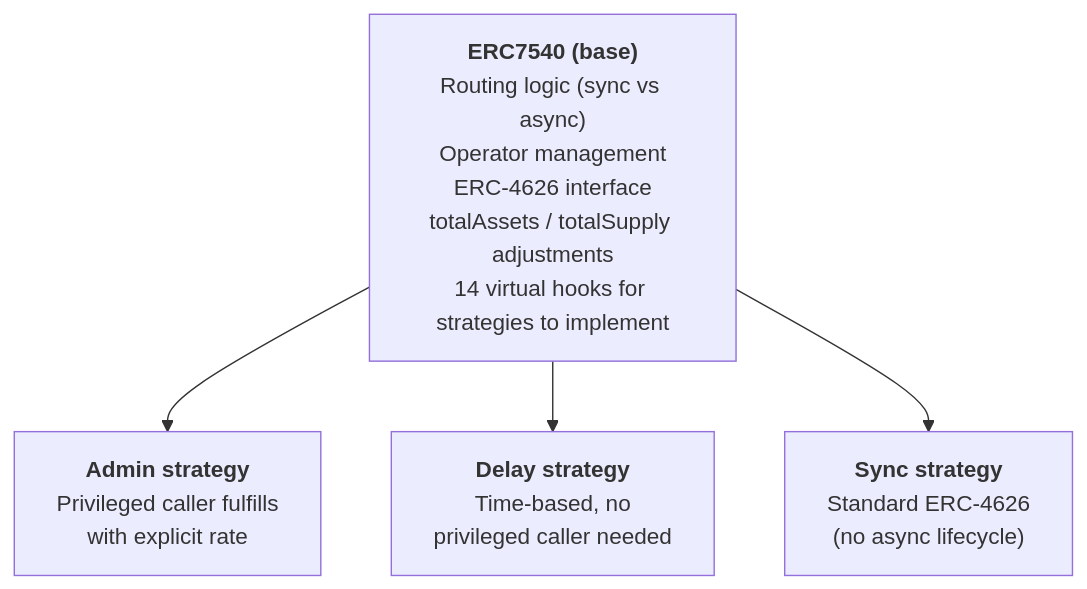
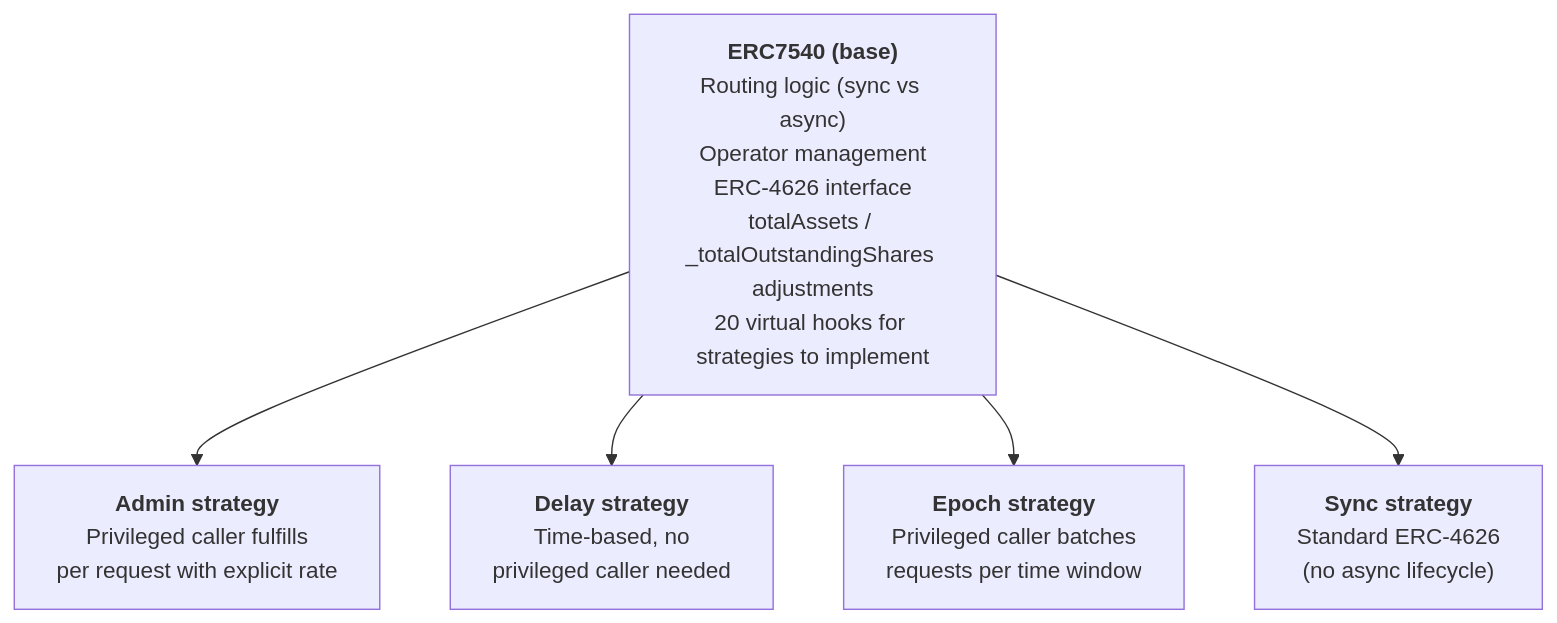
The second of 5 diagrams in docs/modules/ROOT/pages/erc7540.adoc (james-toussaint/openzeppelin-community-contracts), drawn with Mermaid before and after one commit. The commit also changed other lines of this file and 29 other files, not shown here.

````diff
--- a/docs/modules/ROOT/pages/erc7540.adoc
+++ b/docs/modules/ROOT/pages/erc7540.adoc
@@ -59,7 +59,8 @@
 ```mermaid
 flowchart TD
-    Base["<b>ERC7540 (base)</b><br/>Routing logic (sync vs async)<br/>Operator management<br/>ERC-4626 interface<br/>totalAssets / totalSupply adjustments<br/>14 virtual hooks for strategies to implement"]
-    Base --> Admin["<b>Admin strategy</b><br/>Privileged caller fulfills<br/>with explicit rate"]
+    Base["<b>ERC7540 (base)</b><br/>Routing logic (sync vs async)<br/>Operator management<br/>ERC-4626 interface<br/>totalAssets / _totalOutstandingShares adjustments<br/>20 virtual hooks for strategies to implement"]
+    Base --> Admin["<b>Admin strategy</b><br/>Privileged caller fulfills<br/>per request with explicit rate"]
     Base --> Delay["<b>Delay strategy</b><br/>Time-based, no<br/>privileged caller needed"]
+    Base --> Epoch["<b>Epoch strategy</b><br/>Privileged caller batches<br/>requests per time window"]
     Base --> Sync["<b>Sync strategy</b><br/>Standard ERC-4626<br/>(no async lifecycle)"]
 ```
````
